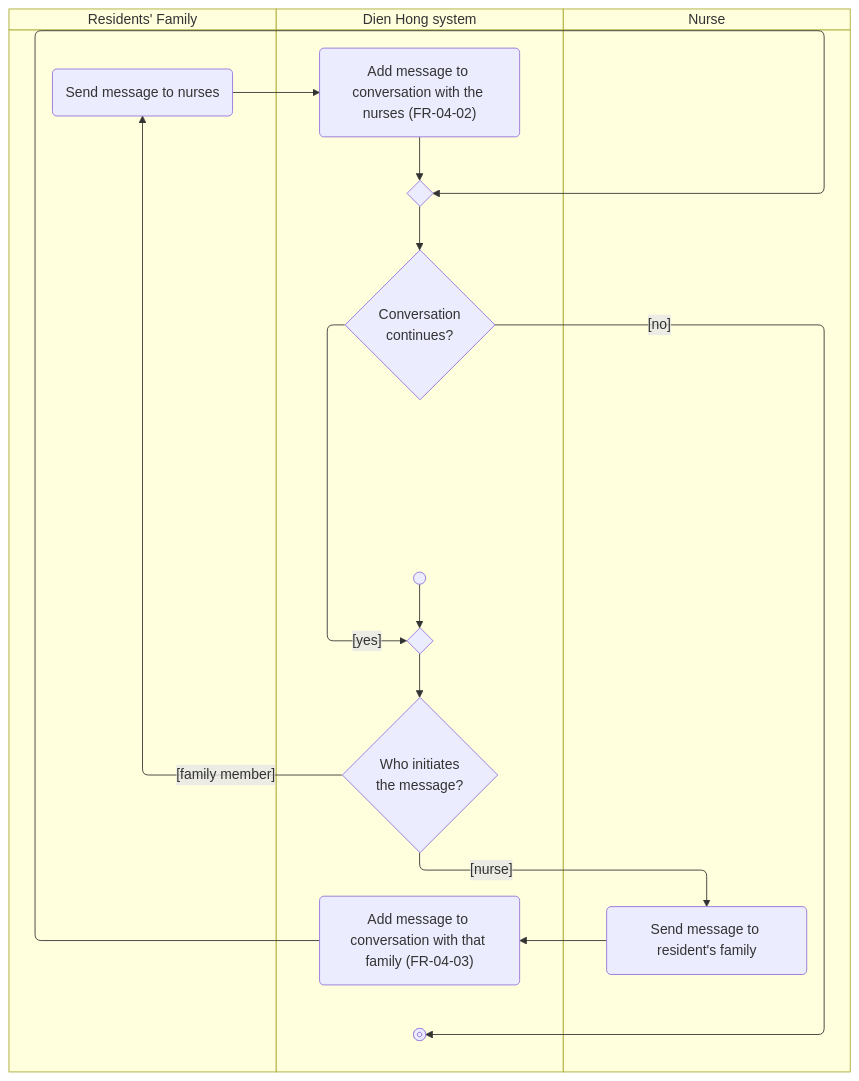
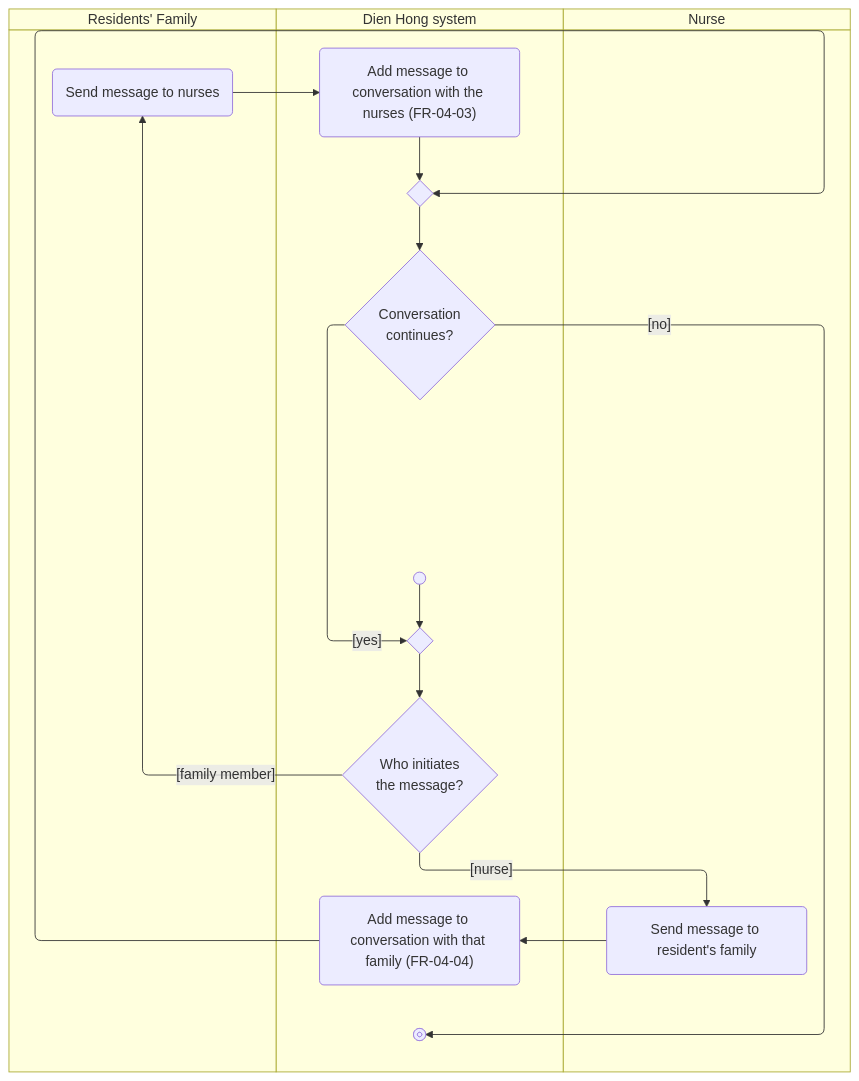
The diagram in docs/activity/AD-UC-09.md (hatrang191/groupE-nursinghome), drawn with Mermaid before and after one commit. The commit also changed other lines of this file, not shown here.

````diff
--- a/docs/activity/AD-UC-09.md
+++ b/docs/activity/AD-UC-09.md
@@ -24,25 +24,25 @@
 ```mermaid
 swimlane-beta TB
   subgraph FAM["Residents' Family"]
     a1("Send message to nurses")
   end
   subgraph SYS["Dien Hong system"]
     start@{ shape: sm-circ }
     m0{" "}
     d1{"Who initiates<br>the message?"}
-    s1("Add message to conversation with the nurses (FR-04-02)")
-    s2("Add message to conversation with that family (FR-04-03)")
+    s1("Add message to conversation with the nurses (FR-04-03)")
+    s2("Add message to conversation with that family (FR-04-04)")
     m1{" "}
     d2{"Conversation<br>continues?"}
     stop1@{ shape: fr-circ }
   end
   subgraph NUR["Nurse"]
     a2("Send message to resident's family")
   end
   start --> m0 --> d1
   d1 -->|"[family member]"| a1 --> s1 --> m1
   d1 -->|"[nurse]"| a2 --> s2 --> m1
   m1 --> d2
   d2 -->|"[yes]"| m0
   d2 -->|"[no]"| stop1
 ```
````
